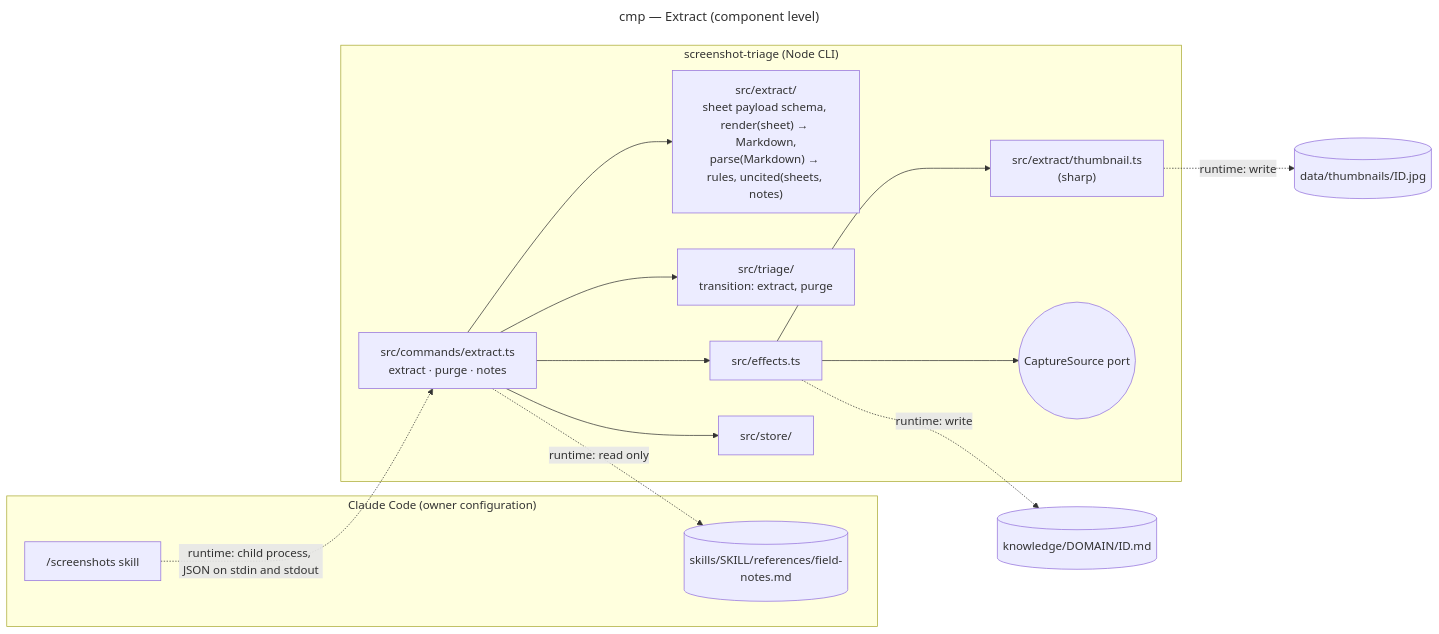
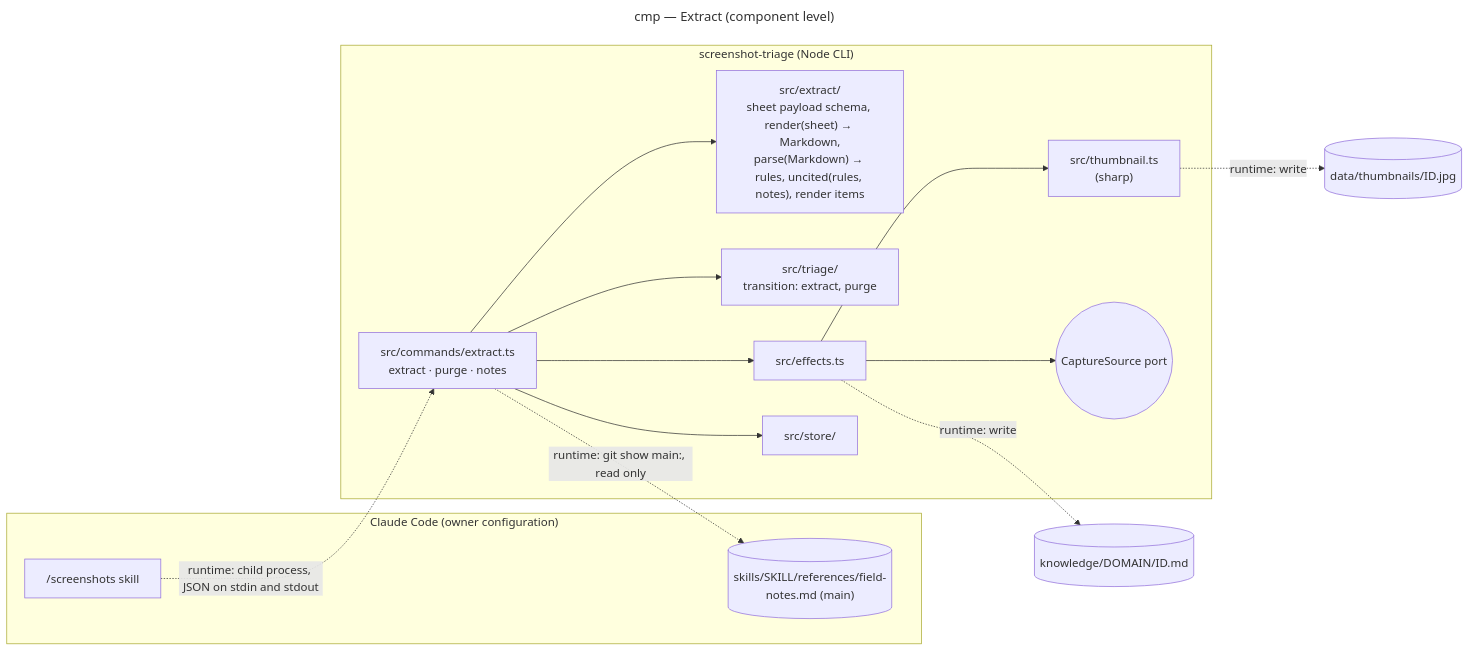
Before and after one commit to benoit-bremaud/screenshot-triage: the diagram in docs/architecture/diagrams/extract/03-component.md, drawn with Mermaid. The commit also changed other lines of this file and 12 other files, not shown here.

First line of the commit message:
docs(extract/architecture): fix review round 1 findings

````diff
--- a/docs/architecture/diagrams/extract/03-component.md
+++ b/docs/architecture/diagrams/extract/03-component.md
@@ -13,29 +13,29 @@
 ```mermaid
 ---
 title: cmp — Extract (component level)
 ---
 flowchart LR
   subgraph Claude ["Claude Code (owner configuration)"]
     Skill["/screenshots skill"]
-    Notes[("skills/SKILL/references/field-notes.md")]
+    Notes[("skills/SKILL/references/field-notes.md (main)")]
   end
   subgraph Repo ["screenshot-triage (Node CLI)"]
     Cmd["src/commands/extract.ts<br/>extract · purge · notes"]
-    Extract["src/extract/<br/>sheet payload schema, render(sheet) → Markdown,<br/>parse(Markdown) → rules, uncited(sheets, notes)"]
-    Thumb["src/extract/thumbnail.ts<br/>(sharp)"]
+    Extract["src/extract/<br/>sheet payload schema, render(sheet) → Markdown,<br/>parse(Markdown) → rules, uncited(rules, notes), render items"]
+    Thumb["src/thumbnail.ts<br/>(sharp)"]
     Triage["src/triage/<br/>transition: extract, purge"]
     Effects["src/effects.ts"]
     Store["src/store/"]
     Port(("CaptureSource port"))
     Cmd --> Extract
     Cmd --> Triage
     Cmd --> Effects
     Cmd --> Store
     Effects --> Thumb
     Effects --> Port
   end
   Skill -.->|"runtime: child process, JSON on stdin and stdout"| Cmd
-  Cmd -.->|"runtime: read only"| Notes
+  Cmd -.->|"runtime: git show main:, read only"| Notes
   Effects -.->|"runtime: write"| Sheets[("knowledge/DOMAIN/ID.md")]
   Thumb -.->|"runtime: write"| Thumbs[("data/thumbnails/ID.jpg")]
 ```
````
